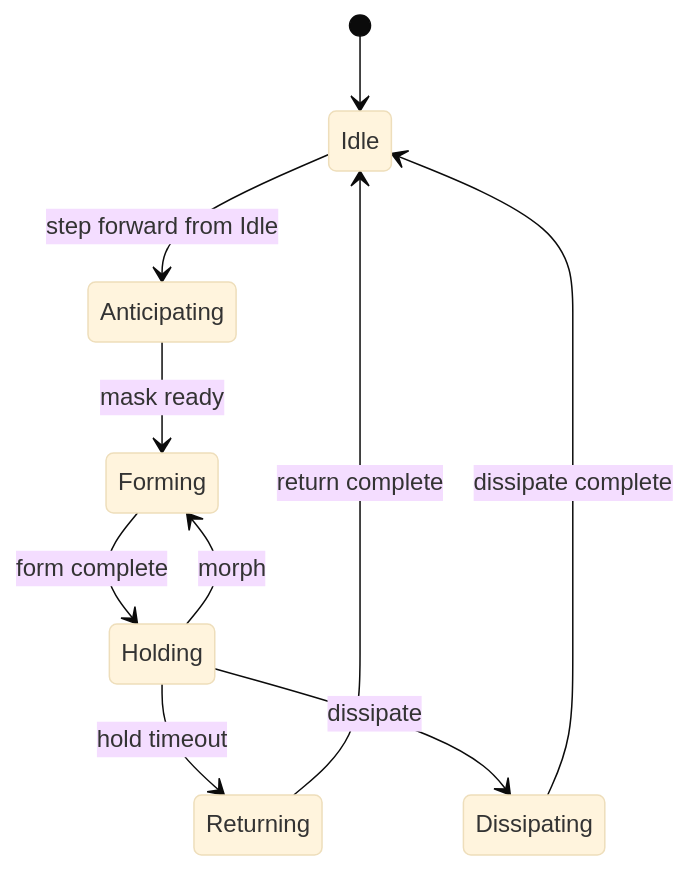
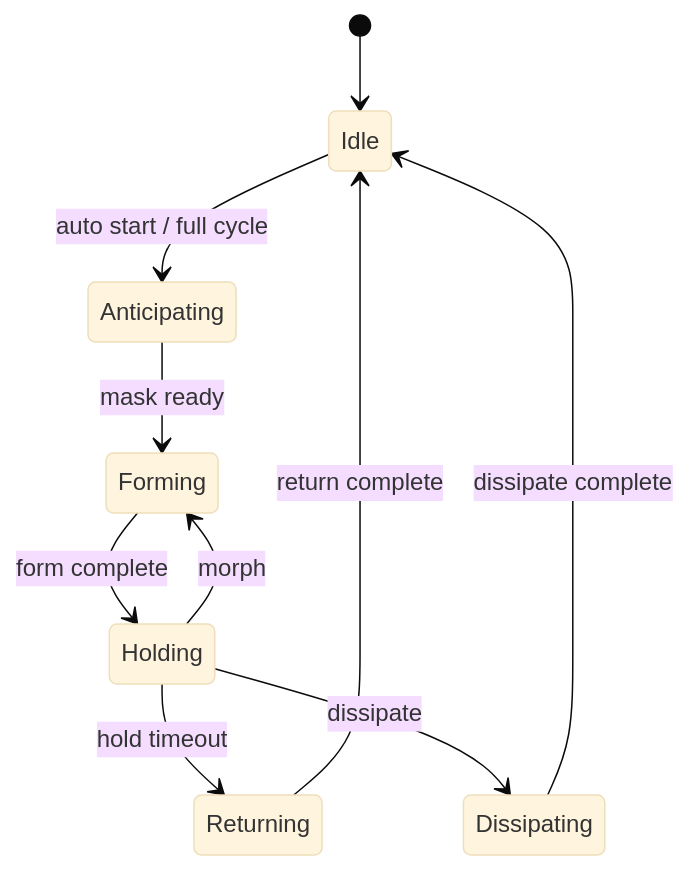
Before and after one commit to vecnode/metaagent-ue5-plugin: the third of 4 diagrams in README.md, drawn with Mermaid (base theme). The commit also changed other lines of this file and 10 other files, not shown here.

````diff
--- a/README.md
+++ b/README.md
@@ -198,12 +218,12 @@
 ```mermaid
 stateDiagram-v2
     [*] --> Idle
-    Idle --> Anticipating: step forward from Idle
+    Idle --> Anticipating: auto start / full cycle
     Anticipating --> Forming: mask ready
     Forming --> Holding: form complete
     Holding --> Returning: hold timeout
     Holding --> Forming: morph
     Holding --> Dissipating: dissipate
     Returning --> Idle: return complete
     Dissipating --> Idle: dissipate complete
 ```
````
